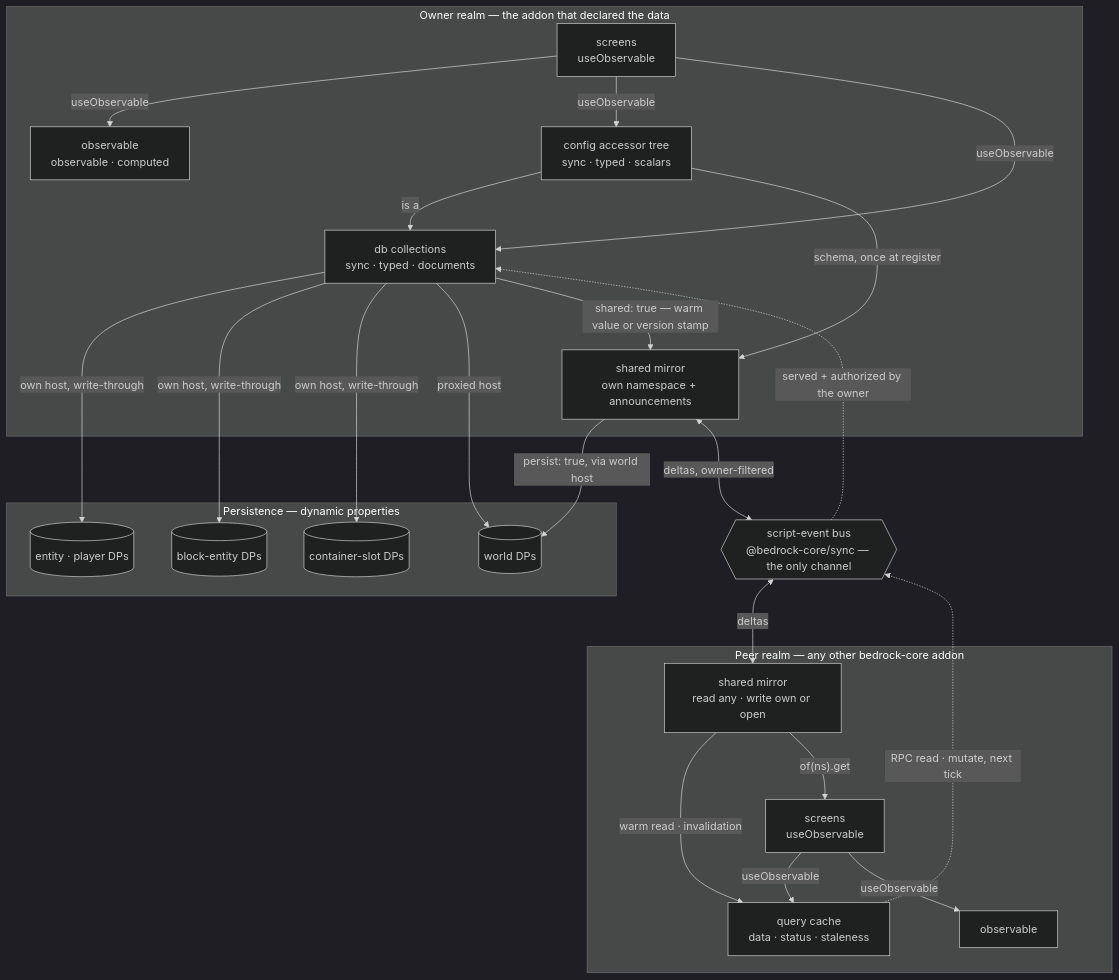
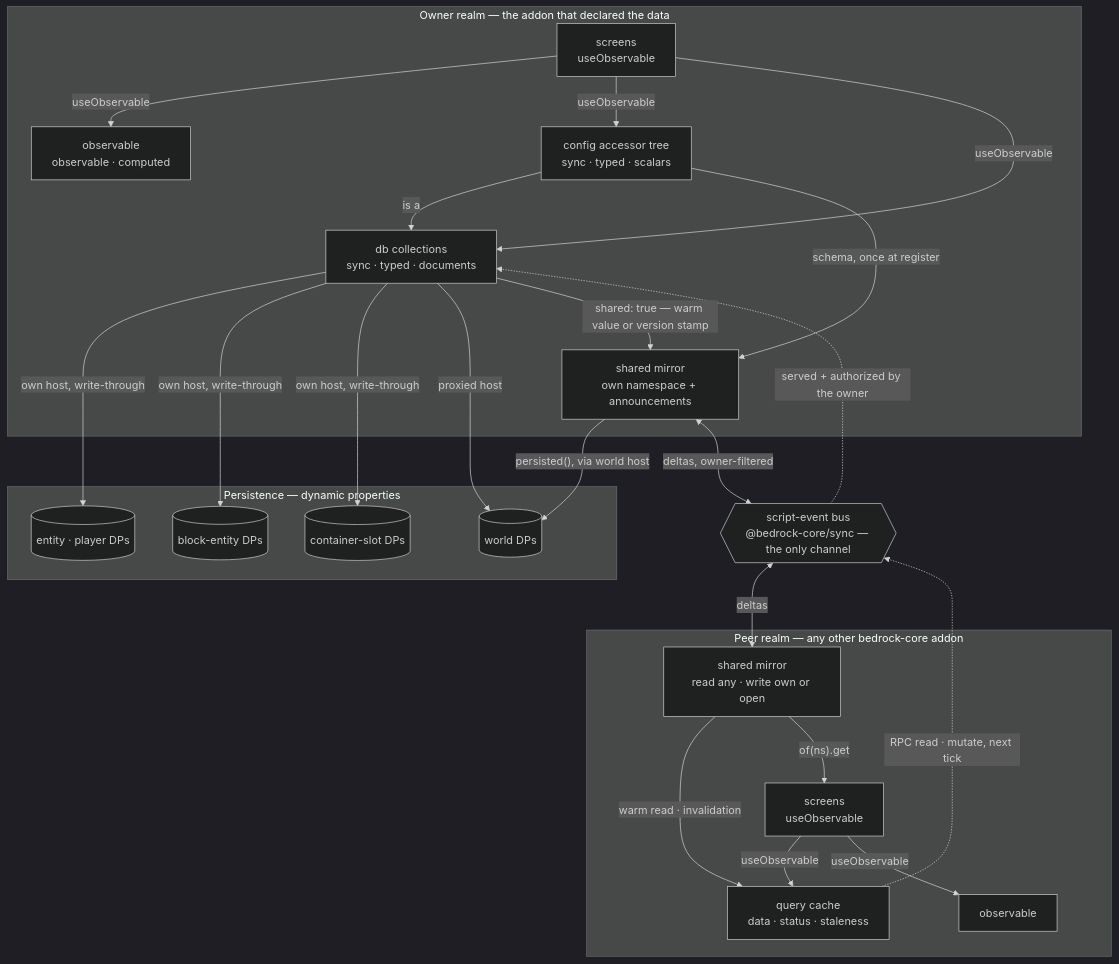
One commit to bedrock-core/server changed the first of 2 diagrams in docs/08-data-flow.md. Above: the diagram before and after it, drawn with Mermaid (dark theme).

Commit message:
docs(plan): align data-flow label with the persisted() marker

````diff
--- a/docs/08-data-flow.md
+++ b/docs/08-data-flow.md
@@ -8,50 +8,50 @@
 ```mermaid
 flowchart TB
     subgraph owner["Owner realm — the addon that declared the data"]
         st1["observable<br/>observable · computed"]
         cfg["config accessor tree<br/>sync · typed · scalars"]
         col["db collections<br/>sync · typed · documents"]
         sh1["shared mirror<br/>own namespace + announcements"]
         ui1["screens<br/>useObservable"]
     end
 
     subgraph peer["Peer realm — any other bedrock-core addon"]
         q["query cache<br/>data · status · staleness"]
         sh2["shared mirror<br/>read any · write own or open"]
         st2["observable"]
         ui2["screens<br/>useObservable"]
     end
 
     bus{{"script-event bus<br/>@bedrock-core/sync — the only channel"}}
 
     subgraph dp["Persistence — dynamic properties"]
         wdp[("world DPs")]
         edp[("entity · player DPs")]
         bdp[("block-entity DPs")]
         sdp[("container-slot DPs")]
     end
 
     ui1 -->|"useObservable"| st1
     ui1 -->|"useObservable"| cfg
     ui1 -->|"useObservable"| col
     cfg -->|"is a"| col
 
     col -->|"own host, write-through"| edp
     col -->|"own host, write-through"| bdp
     col -->|"own host, write-through"| sdp
     col -->|"proxied host"| wdp
-    sh1 -->|"persist: true, via world host"| wdp
+    sh1 -->|"persisted(), via world host"| wdp
 
     cfg -->|"schema, once at register"| sh1
     col -->|"shared: true — warm value or version stamp"| sh1
 
     sh1 <-->|"deltas, owner-filtered"| bus
     bus <-->|"deltas"| sh2
     sh2 -->|"warm read · invalidation"| q
     q -.->|"RPC read · mutate, next tick"| bus
     bus -.->|"served + authorized by the owner"| col
 
     ui2 -->|"useObservable"| q
     ui2 -->|"useObservable"| st2
     sh2 -->|"of(ns).get"| ui2
 ```
````
